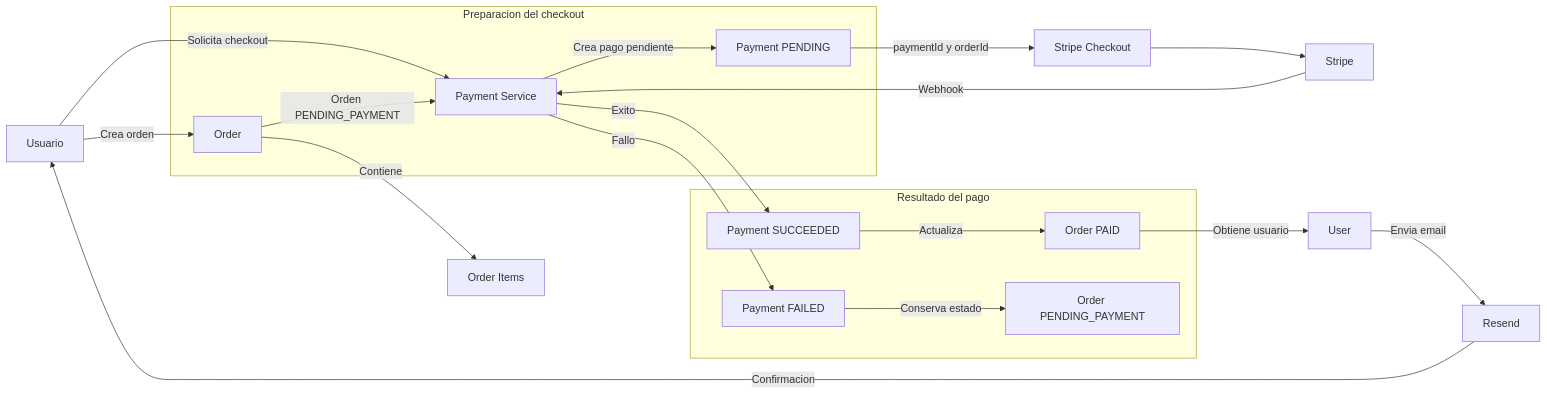
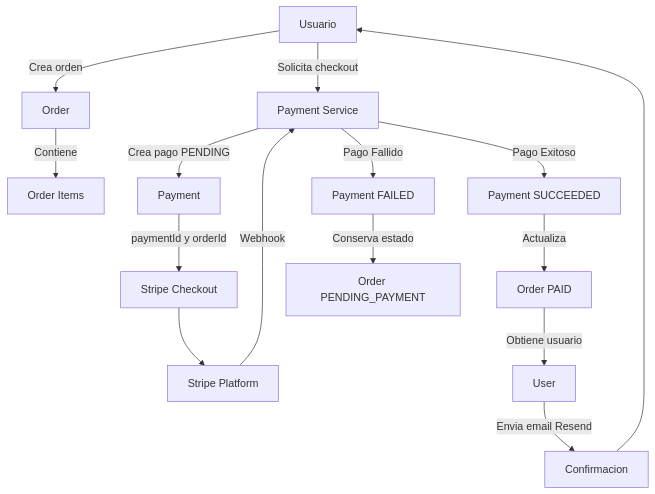
One commit to lugoz99/app-mobistore changed the third of 3 diagrams in diccionario-datos-app-mobistore.md. Above: the diagram before and after it, drawn with Mermaid. The commit also changed 25 other files, not shown here.

````diff
--- a/diccionario-datos-app-mobistore.md
+++ b/diccionario-datos-app-mobistore.md
@@ -290,27 +290,22 @@
 ```mermaid
-flowchart LR
+flowchart TD
     U[Usuario] -->|Crea orden| O[Order]
     O -->|Contiene| OI[Order Items]
     U -->|Solicita checkout| P[Payment Service]
 
-    subgraph CHECKOUT[Preparacion del checkout]
-        O -->|Orden PENDING_PAYMENT| P
-        P -->|Crea pago pendiente| PAY[Payment PENDING]
-    end
+    P -->|Crea pago PENDING| PAY[Payment]
+    PAY -->|paymentId y orderId| S[Stripe Checkout]
+    S --> STRIPE[Stripe Platform]
 
-    PAY -->|paymentId y orderId| S[Stripe Checkout]
-    S --> STRIPE[Stripe]
     STRIPE -->|Webhook| P
 
-    subgraph RESULTADO[Resultado del pago]
-        P -->|Exito| SUCCESS[Payment SUCCEEDED]
-        SUCCESS -->|Actualiza| PAID[Order PAID]
-        P -->|Fallo| FAILED[Payment FAILED]
-        FAILED -->|Conserva estado| WAIT[Order PENDING_PAYMENT]
-    end
+    P -->|Pago Exitoso| SUCCESS[Payment SUCCEEDED]
+    SUCCESS -->|Actualiza| PAID[Order PAID]
+    PAID -->|Obtiene usuario| USER[User]
+    USER -->|Envia email Resend| CONFIRM[Confirmacion] --> U
 
-    PAID -->|Obtiene usuario| USER[User]
-    USER -->|Envia email| R[Resend]
-    R -->|Confirmacion| U
+    P -->|Pago Fallido| FAILED[Payment FAILED]
+    FAILED -->|Conserva estado| WAIT[Order PENDING_PAYMENT]
+
 
 ```
````
